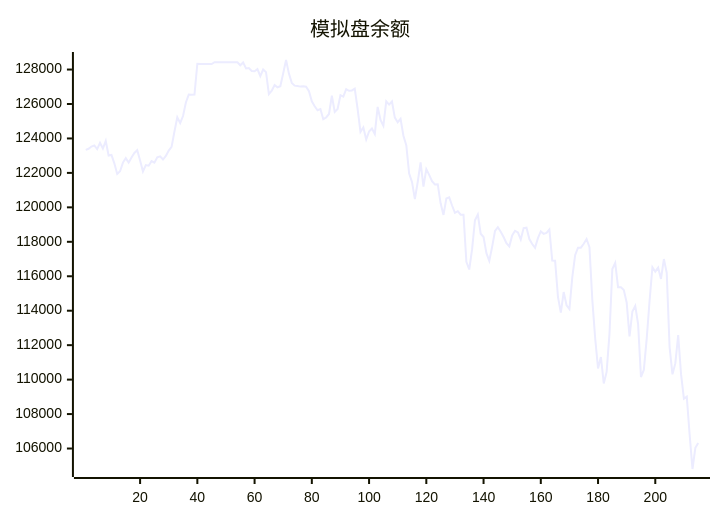
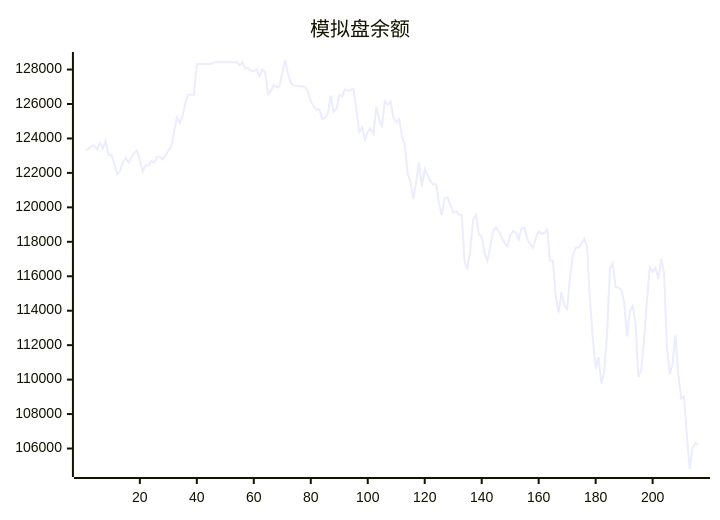
The diagram in README.md (aahl/ai-trading), drawn with Mermaid before and after one commit. The commit also changed other lines of this file and 1 other file, not shown here.

````diff
--- a/README.md
+++ b/README.md
@@ -5,5 +5,5 @@
 ```mermaid
 xychart
     title "模拟盘余额"
-    line [123338,123402,123530,123592,123378,123745,123413,123853,123009,123040,122557,121938,122095,122599,122856,122597,122898,123160,123319,122719,122087,122454,122416,122685,122592,122907,122961,122776,122981,123295,123507,124403,125224,124894,125303,126088,126544,126534,126549,128335,128318,128318,128318,128318,128318,128424,128424,128424,128424,128424,128424,128424,128424,128424,128247,128412,128062,128087,127917,127901,128026,127611,128000,127850,126572,126770,127100,126971,127029,127783,128554,127765,127224,127064,127044,127009,127025,127004,126738,126152,125871,125635,125707,125117,125217,125420,126480,125545,125715,126511,126424,126856,126764,126788,126890,125710,124381,124632,123936,124402,124574,124256,125833,125070,124739,126154,125966,126145,125213,124943,125143,124157,123604,121959,121476,120476,121470,122610,121201,122221,121889,121522,121332,121344,120232,119559,120513,120577,120108,119680,119777,119572,119568,116839,116392,117573,119250,119585,118469,118277,117338,116897,117706,118628,118849,118579,118280,117926,117735,118373,118639,118544,118136,118798,118819,118162,117874,117649,118215,118601,118463,118517,118713,116911,116899,114798,113887,115084,114313,114091,115934,117221,117658,117658,117883,118164,117693,114632,112403,110644,111313,109777,110444,112673,116419,116772,115355,115355,115198,114476,112510,113954,114276,113223,110151,110561,112361,114562,116522,116265,116500,115845,117000,116199,111887,110306,110942,112588,110318,108891,109011,106814,104811,106038,106327]
+    line [123338,123402,123530,123592,123378,123745,123413,123853,123009,123040,122557,121938,122095,122599,122856,122597,122898,123160,123319,122719,122087,122454,122416,122685,122592,122907,122961,122776,122981,123295,123507,124403,125224,124894,125303,126088,126544,126534,126549,128335,128318,128318,128318,128318,128318,128424,128424,128424,128424,128424,128424,128424,128424,128424,128247,128412,128062,128087,127917,127901,128026,127611,128000,127850,126572,126770,127100,126971,127029,127783,128554,127765,127224,127064,127044,127009,127025,127004,126738,126152,125871,125635,125707,125117,125217,125420,126480,125545,125715,126511,126424,126856,126764,126788,126890,125710,124381,124632,123936,124402,124574,124256,125833,125070,124739,126154,125966,126145,125213,124943,125143,124157,123604,121959,121476,120476,121470,122610,121201,122221,121889,121522,121332,121344,120232,119559,120513,120577,120108,119680,119777,119572,119568,116839,116392,117573,119250,119585,118469,118277,117338,116897,117706,118628,118849,118579,118280,117926,117735,118373,118639,118544,118136,118798,118819,118162,117874,117649,118215,118601,118463,118517,118713,116911,116899,114798,113887,115084,114313,114091,115934,117221,117658,117658,117883,118164,117693,114632,112403,110644,111313,109777,110444,112673,116419,116772,115355,115355,115198,114476,112510,113954,114276,113223,110151,110561,112361,114562,116522,116265,116500,115845,117000,116199,111887,110306,110942,112588,110318,108891,109011,106814,104811,106038,106327,106201]
 ```
````
